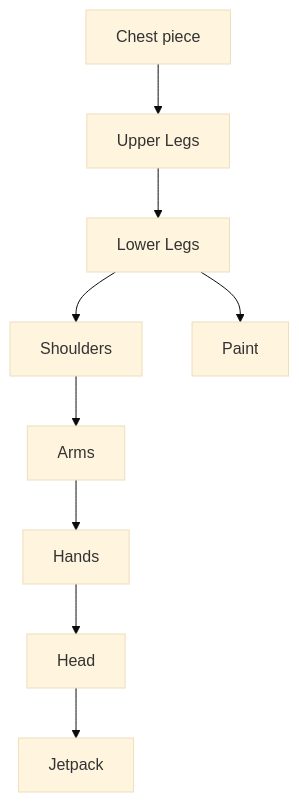
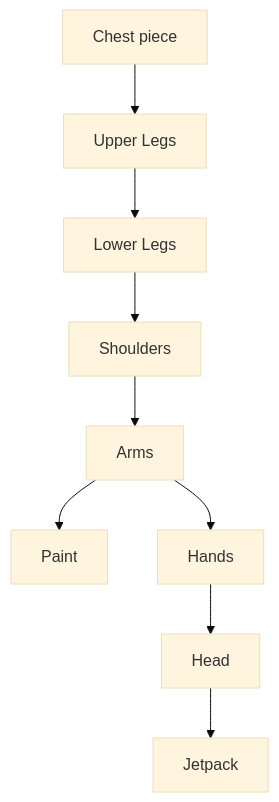
The diagram in _posts/2022-11-09-test.md (seeker316/seeker316.github.io), drawn with Mermaid (base theme) before and after one commit. The commit also changed other lines of this file, not shown here.

````diff
--- a/_posts/2022-11-09-test.md
+++ b/_posts/2022-11-09-test.md
@@ -55,12 +56,12 @@
 ```mermaid
 graph TD
 A[Chest piece] --> B[Upper Legs]
 B --> C[Lower Legs]
 C --> D[Shoulders]
-C --> I[Paint]
 D --> E[Arms]
+E --> I[Paint]
 E --> F[Hands]
 F --> G[Head]
 G --> H[Jetpack]
 
 ```
````
